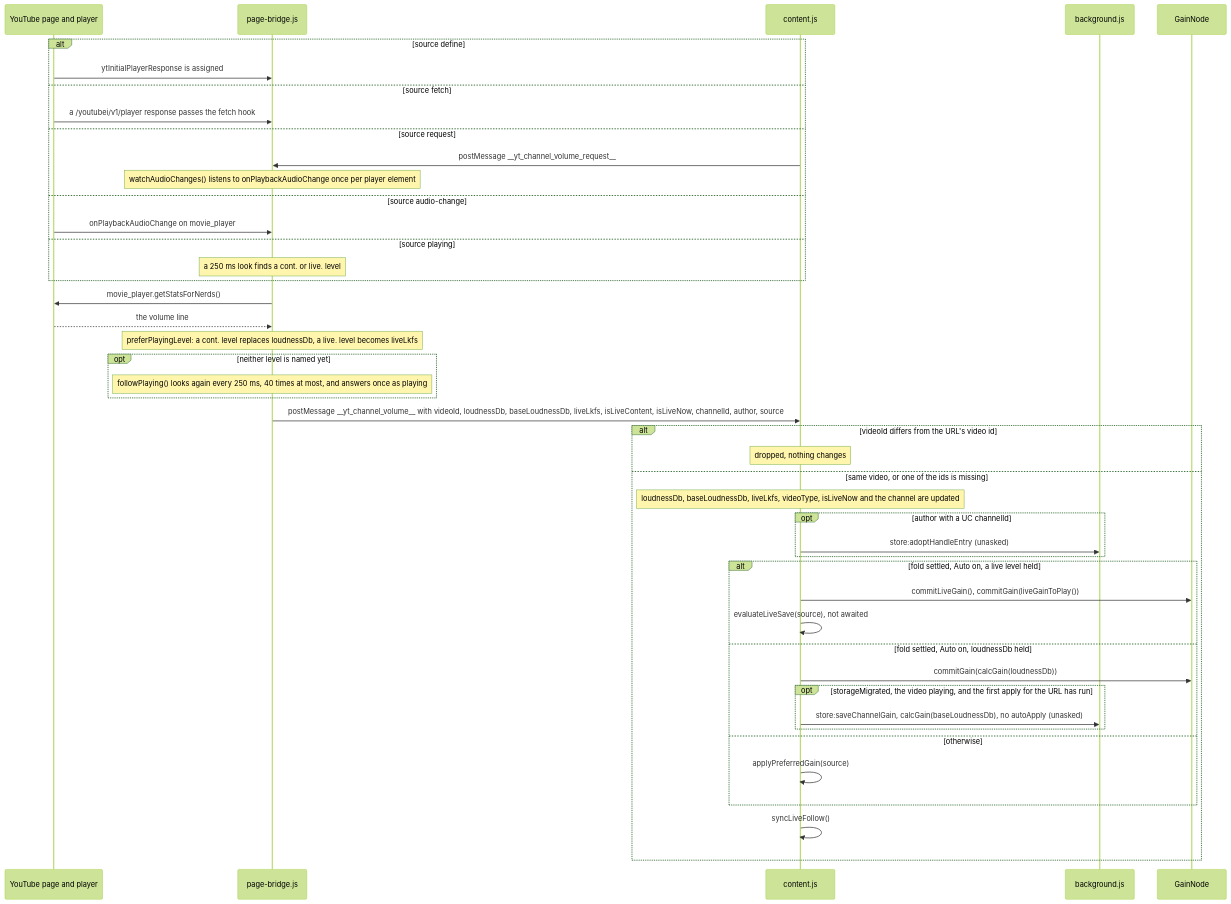
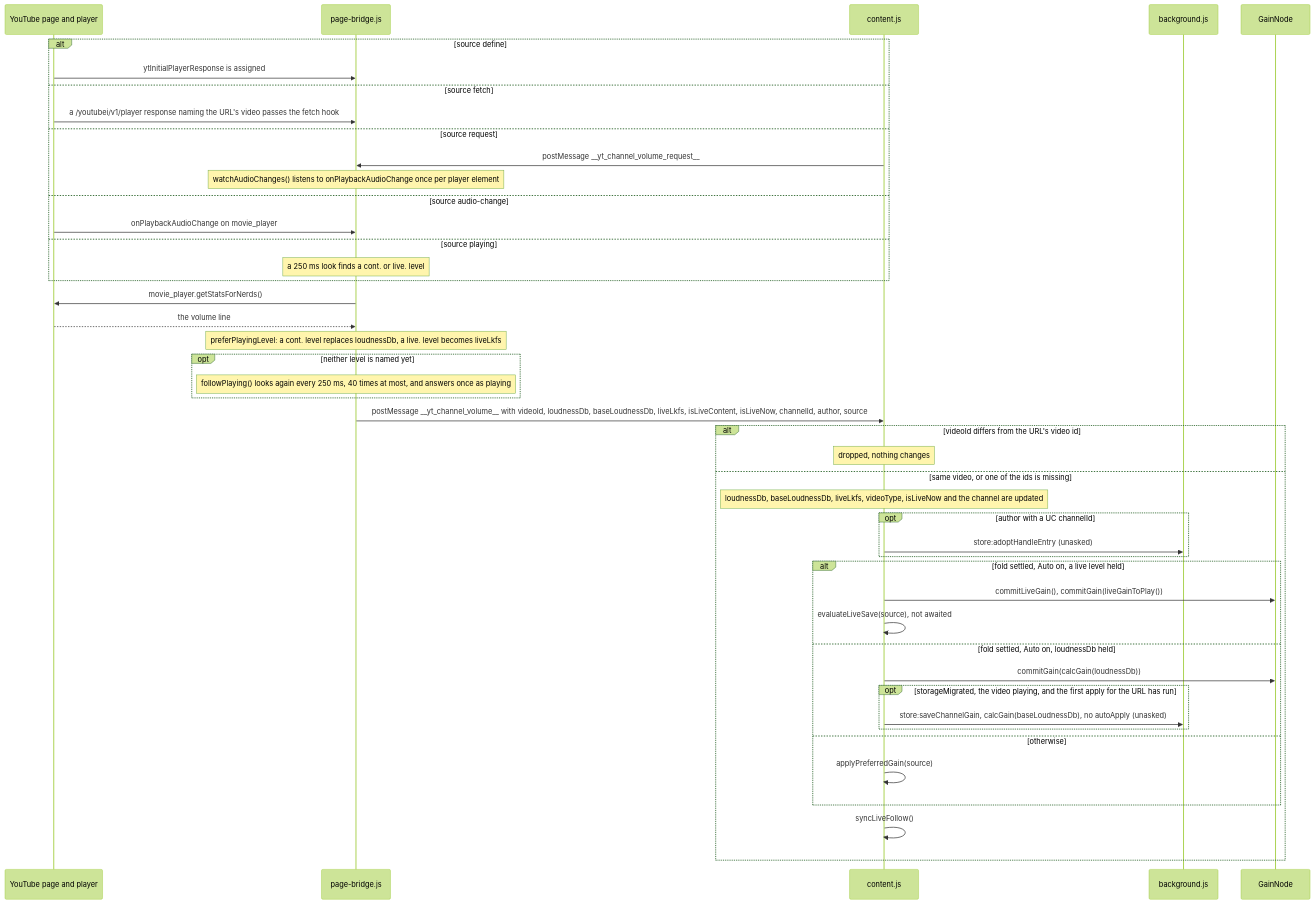
Before and after one commit to semnil/yt-channel-volume: the eighth of 14 diagrams in docs/gain-change-and-save.md, drawn with Mermaid (forest theme). The commit also changed other lines of this file and 5 other files, not shown here.

First line of the commit message:
fix: take only a player response naming the URL's video from the fetch hook

````diff
--- a/docs/gain-change-and-save.md
+++ b/docs/gain-change-and-save.md
@@ -385,47 +385,47 @@
 ```mermaid
 sequenceDiagram
   participant Y as YouTube page and player
   participant B as page-bridge.js
   participant C as content.js
   participant W as background.js
   participant G as GainNode
   alt source define
     Y->>B: ytInitialPlayerResponse is assigned
   else source fetch
-    Y->>B: a /youtubei/v1/player response passes the fetch hook
+    Y->>B: a /youtubei/v1/player response naming the URL's video passes the fetch hook
   else source request
     C->>B: postMessage __yt_channel_volume_request__
     Note over B: watchAudioChanges() listens to onPlaybackAudioChange once per player element
   else source audio-change
     Y->>B: onPlaybackAudioChange on movie_player
   else source playing
     Note over B: a 250 ms look finds a cont. or live. level
   end
   B->>Y: movie_player.getStatsForNerds()
   Y-->>B: the volume line
   Note over B: preferPlayingLevel: a cont. level replaces loudnessDb, a live. level becomes liveLkfs
   opt neither level is named yet
     Note over B: followPlaying() looks again every 250 ms, 40 times at most, and answers once as playing
   end
   B->>C: postMessage __yt_channel_volume__ with videoId, loudnessDb, baseLoudnessDb, liveLkfs, isLiveContent, isLiveNow, channelId, author, source
   alt videoId differs from the URL's video id
     Note over C: dropped, nothing changes
   else same video, or one of the ids is missing
     Note over C: loudnessDb, baseLoudnessDb, liveLkfs, videoType, isLiveNow and the channel are updated
     opt author with a UC channelId
       C->>W: store:adoptHandleEntry (unasked)
     end
     alt fold settled, Auto on, a live level held
       C->>G: commitLiveGain(), commitGain(liveGainToPlay())
       C->>C: evaluateLiveSave(source), not awaited
     else fold settled, Auto on, loudnessDb held
       C->>G: commitGain(calcGain(loudnessDb))
       opt storageMigrated, the video playing, and the first apply for the URL has run
         C->>W: store:saveChannelGain, calcGain(baseLoudnessDb), no autoApply (unasked)
       end
     else otherwise
       C->>C: applyPreferredGain(source)
     end
     C->>C: syncLiveFollow()
   end
 ```
````
